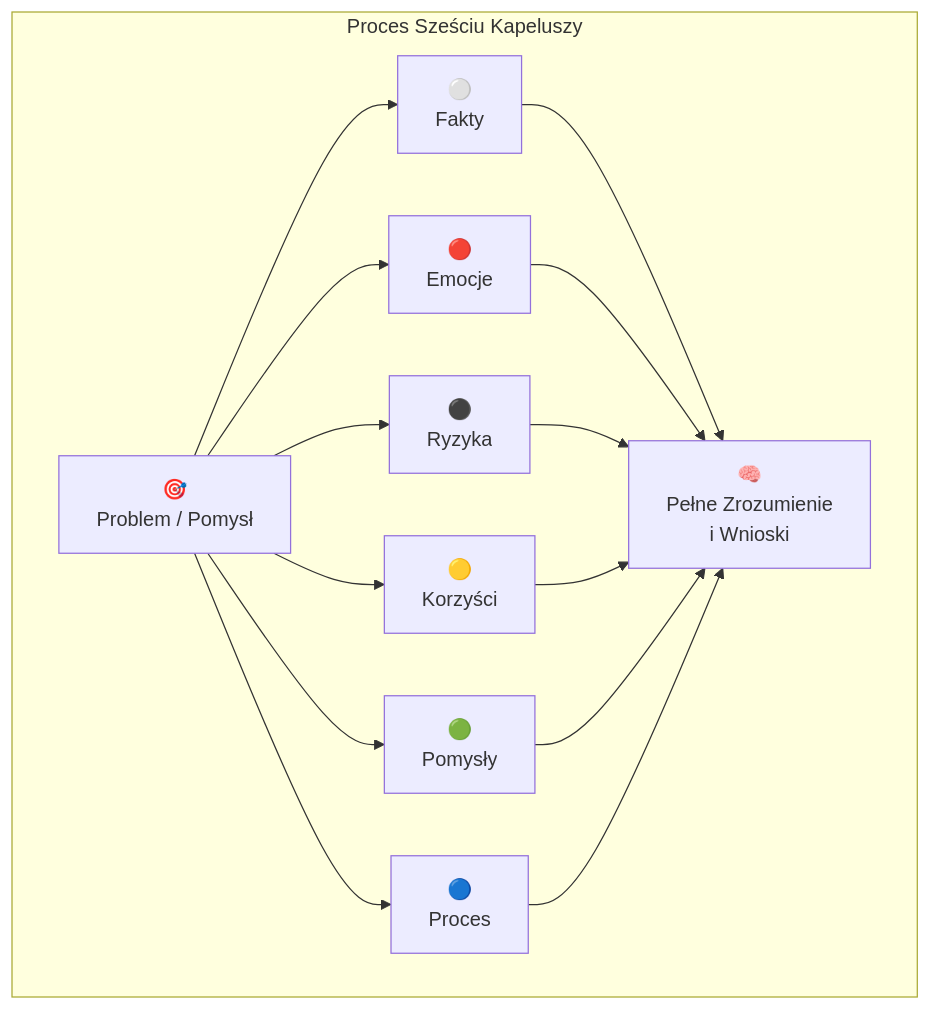
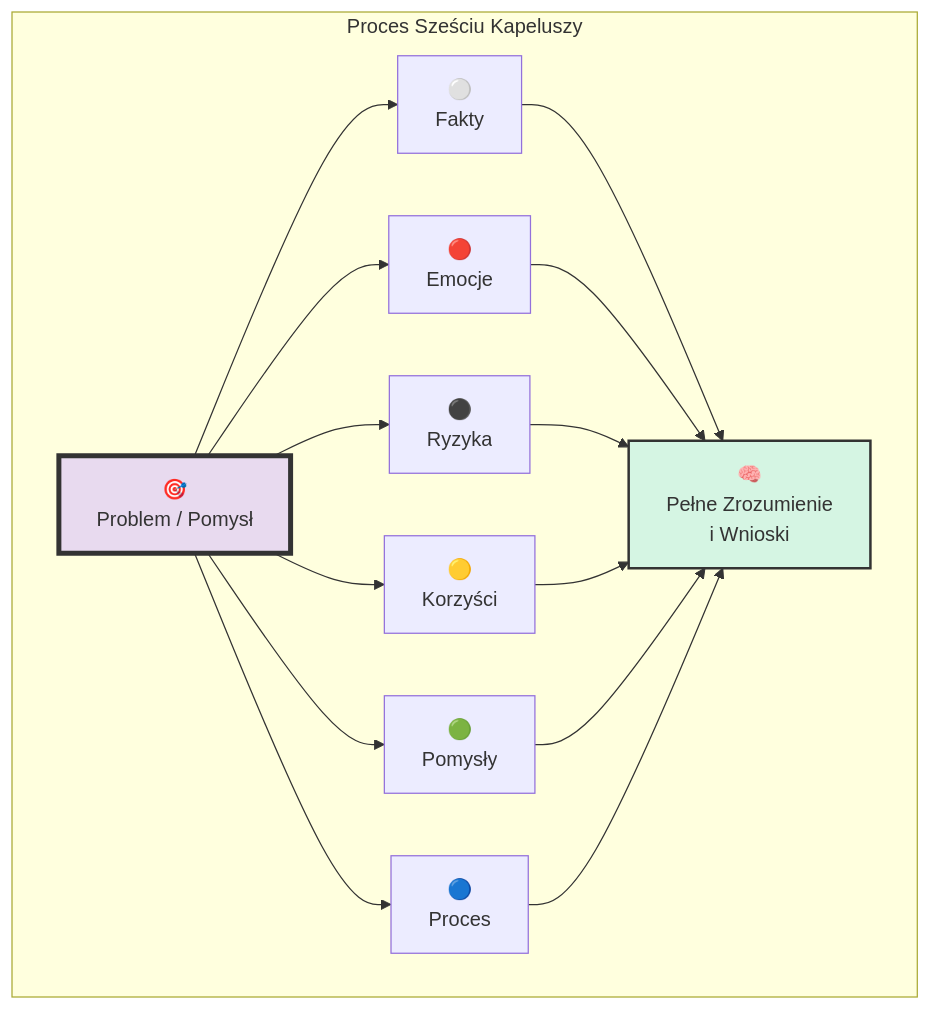
Before and after one commit to jacmal/Biblioteka_Klockow_Poznawczych: the diagram in 5_Myslenie_Szescioma_Kapeluszami.md, drawn with Mermaid. The commit also changed other lines of this file, not shown here.

````diff
--- a/5_Myslenie_Szescioma_Kapeluszami.md
+++ b/5_Myslenie_Szescioma_Kapeluszami.md
@@ -53,34 +61,40 @@
 ```mermaid
 
 graph TD
 
     subgraph "Proces Sześciu Kapeluszy"
 
         A["🎯<br>Problem / Pomysł"]
 
         A --> B["⚪️<br>Fakty"];
 
         A --> C["🔴<br>Emocje"];
 
         A --> D["⚫️<br>Ryzyka"];
 
         A --> E["🟡<br>Korzyści"];
 
         A --> F["🟢<br>Pomysły"];
 
         A --> G["🔵<br>Proces"];
 
         B --> H["🧠<br>Pełne Zrozumienie<br>i Wnioski"];
 
         C --> H;
 
         D --> H;
 
         E --> H;
 
         F --> H;
 
         G --> H;
 
     end
+
+    
+
+    style A fill:#E8DAEF,stroke:#333,stroke-width:4px
+
+    style H fill:#D5F5E3,stroke:#333,stroke-width:2px
 ```
````
